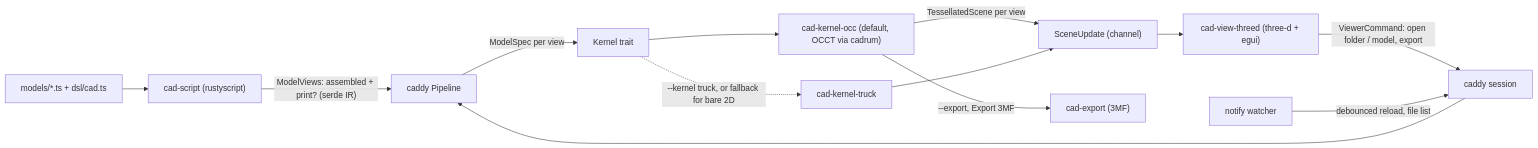
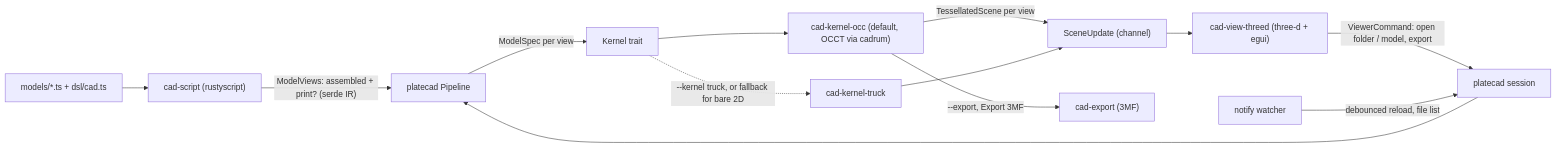
Before and after one commit to tyler-goodwin/platecad: the diagram in architecture/README.md, drawn with Mermaid. The commit also changed other lines of this file and 8 other files, not shown here.

First line of the commit message:
Rename the project to platecad, with a `plate` command.

````diff
--- a/architecture/README.md
+++ b/architecture/README.md
@@ -13,15 +13,15 @@
 ```mermaid
 flowchart LR
   ts["models/*.ts + dsl/cad.ts"] --> script["cad-script (rustyscript)"]
-  script -->|"ModelViews: assembled + print? (serde IR)"| pipeline["caddy Pipeline"]
+  script -->|"ModelViews: assembled + print? (serde IR)"| pipeline["platecad Pipeline"]
   pipeline -->|"ModelSpec per view"| kernel["Kernel trait"]
   kernel --> occ["cad-kernel-occ (default, OCCT via cadrum)"]
   kernel -.->|"--kernel truck, or fallback for bare 2D"| truck["cad-kernel-truck"]
   occ -->|"TessellatedScene per view"| update["SceneUpdate (channel)"]
   truck --> update
   update --> view["cad-view-threed (three-d + egui)"]
-  view -->|"ViewerCommand: open folder / model, export"| session["caddy session"]
+  view -->|"ViewerCommand: open folder / model, export"| session["platecad session"]
   session --> pipeline
   occ -->|"--export, Export 3MF"| export["cad-export (3MF)"]
   watch["notify watcher"] -->|"debounced reload, file list"| session
 ```
````
